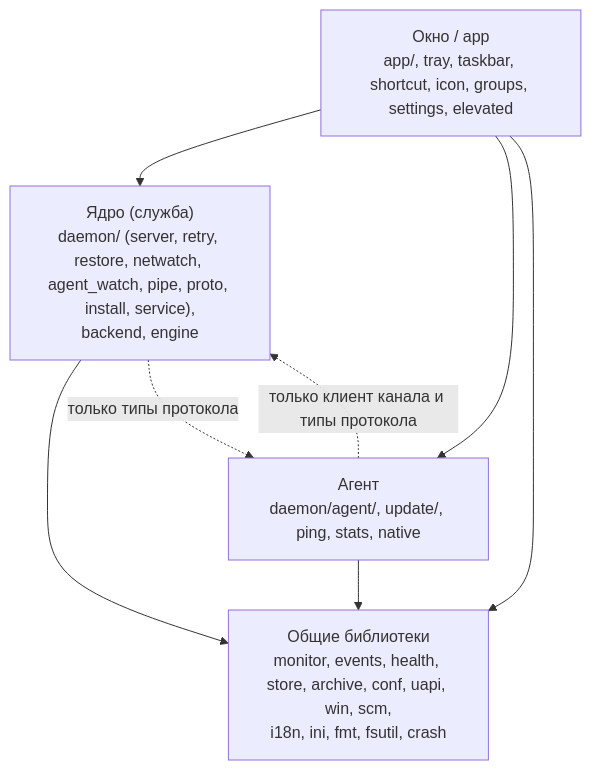
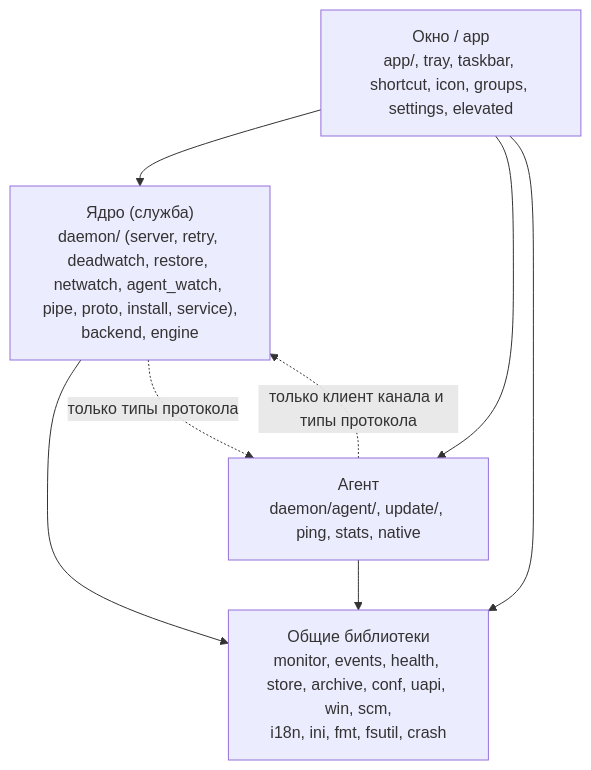
Before and after one commit to ssv555/AmneziaWG-UI-Dark: the first of 2 diagrams in docs/modules.ru.md, drawn with Mermaid. The commit also changed other lines of this file and 41 other files, not shown here.

````diff
--- a/docs/modules.ru.md
+++ b/docs/modules.ru.md
@@ -11,15 +11,15 @@
 ```mermaid
 flowchart TB
   W["Окно / app<br/>app/, tray, taskbar, shortcut, icon, groups, settings, elevated"]
-  C["Ядро (служба)<br/>daemon/ (server, retry, restore, netwatch, agent_watch, pipe, proto, install, service),<br/>backend, engine"]
+  C["Ядро (служба)<br/>daemon/ (server, retry, deadwatch, restore, netwatch, agent_watch, pipe, proto, install, service),<br/>backend, engine"]
   A["Агент<br/>daemon/agent/, update/, ping, stats, native"]
   S["Общие библиотеки<br/>monitor, events, health, store, archive, conf, uapi, win, scm,<br/>i18n, ini, fmt, fsutil, crash"]
 
   W --> C
   W --> A
   W --> S
   C --> S
   A --> S
   A -. "только клиент канала и типы протокола" .-> C
   C -. "только типы протокола" .-> A
 ```
````
